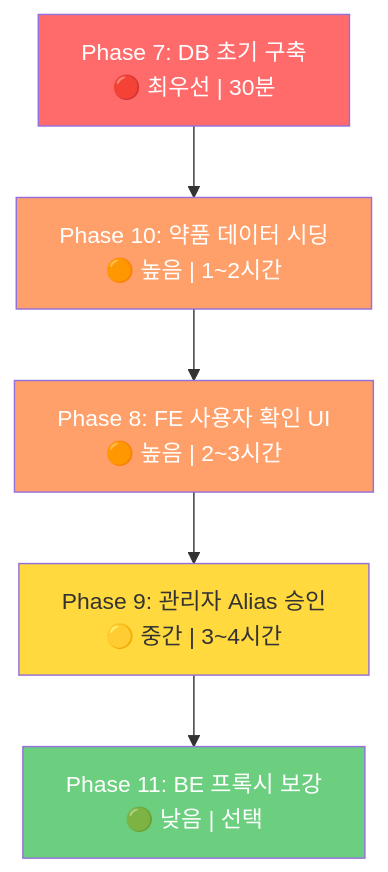
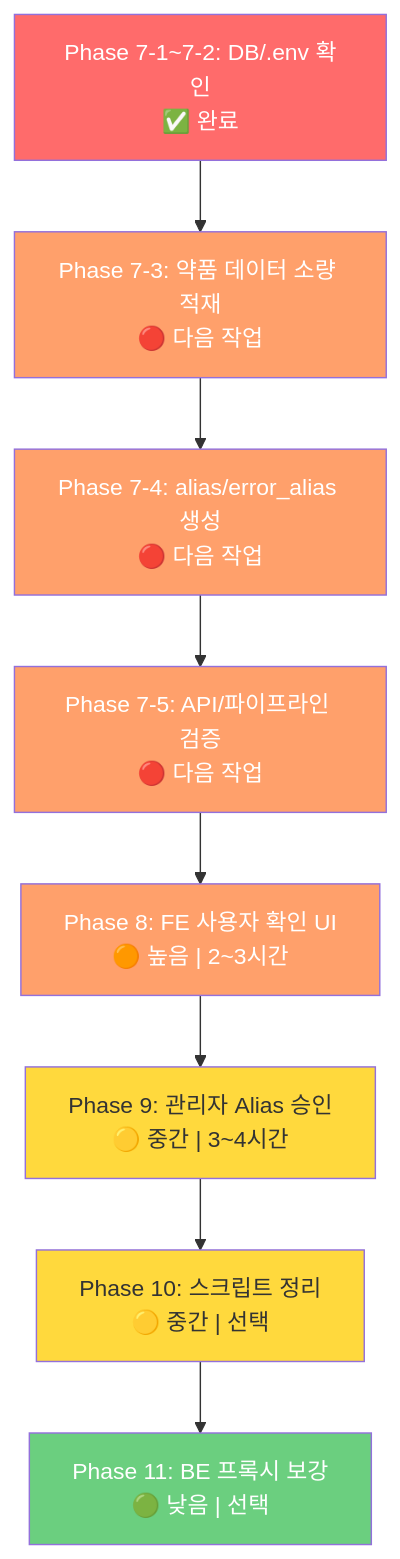
Before and after one commit to hyunn9799/my-rebuilding-project: the diagram in AI/SilverLink-AI/ocr_roadmap.md, drawn with Mermaid. The commit also changed other lines of this file and 17 other files, not shown here.

````diff
--- a/AI/SilverLink-AI/ocr_roadmap.md
+++ b/AI/SilverLink-AI/ocr_roadmap.md
@@ -283,13 +476,19 @@
 ```mermaid
 graph TD
-    A["Phase 7: DB 초기 구축<br/>🔴 최우선 | 30분"] --> B["Phase 10: 약품 데이터 시딩<br/>🟠 높음 | 1~2시간"]
-    B --> C["Phase 8: FE 사용자 확인 UI<br/>🟠 높음 | 2~3시간"]
-    C --> D["Phase 9: 관리자 Alias 승인<br/>🟡 중간 | 3~4시간"]
-    D --> E["Phase 11: BE 프록시 보강<br/>🟢 낮음 | 선택"]
+    A["Phase 7-1~7-2: DB/.env 확인<br/>✅ 완료"] --> B["Phase 7-3: 약품 데이터 소량 적재<br/>🔴 다음 작업"]
+    B --> C["Phase 7-4: alias/error_alias 생성<br/>🔴 다음 작업"]
+    C --> D["Phase 7-5: API/파이프라인 검증<br/>🔴 다음 작업"]
+    D --> E["Phase 8: FE 사용자 확인 UI<br/>🟠 높음 | 2~3시간"]
+    E --> F["Phase 9: 관리자 Alias 승인<br/>🟡 중간 | 3~4시간"]
+    F --> G["Phase 10: 스크립트 정리<br/>🟡 중간 | 선택"]
+    G --> H["Phase 11: BE 프록시 보강<br/>🟢 낮음 | 선택"]
     
     style A fill:#ff6b6b,color:#fff
     style B fill:#ffa06b,color:#fff
     style C fill:#ffa06b,color:#fff
-    style D fill:#ffd93d,color:#333
-    style E fill:#6bcf7f,color:#fff
+    style D fill:#ffa06b,color:#fff
+    style E fill:#ffa06b,color:#fff
+    style F fill:#ffd93d,color:#333
+    style G fill:#ffd93d,color:#333
+    style H fill:#6bcf7f,color:#fff
 ```
````
